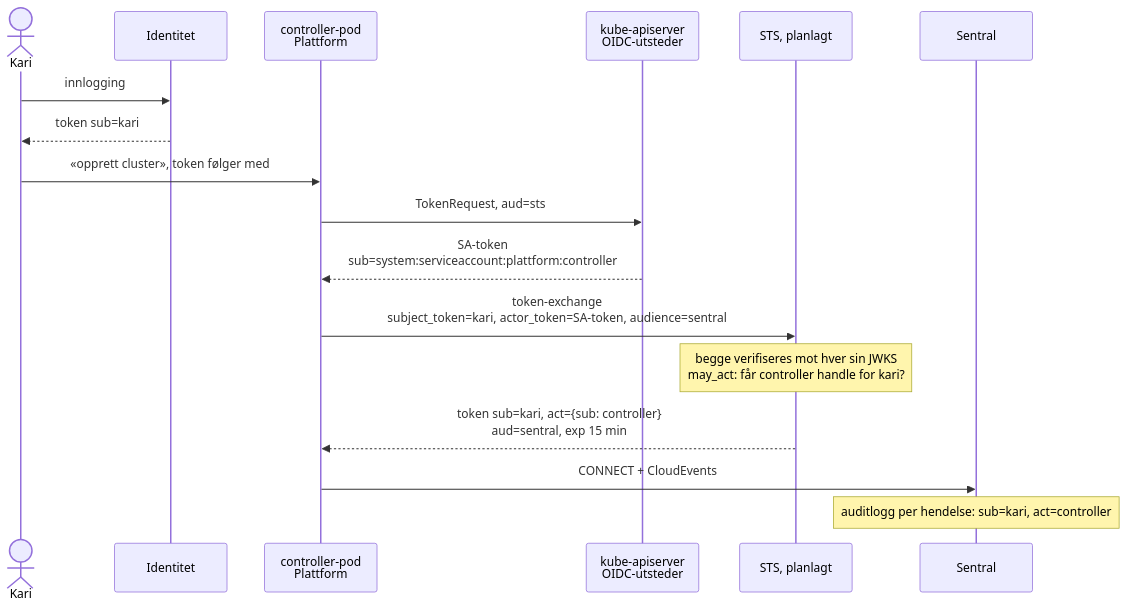
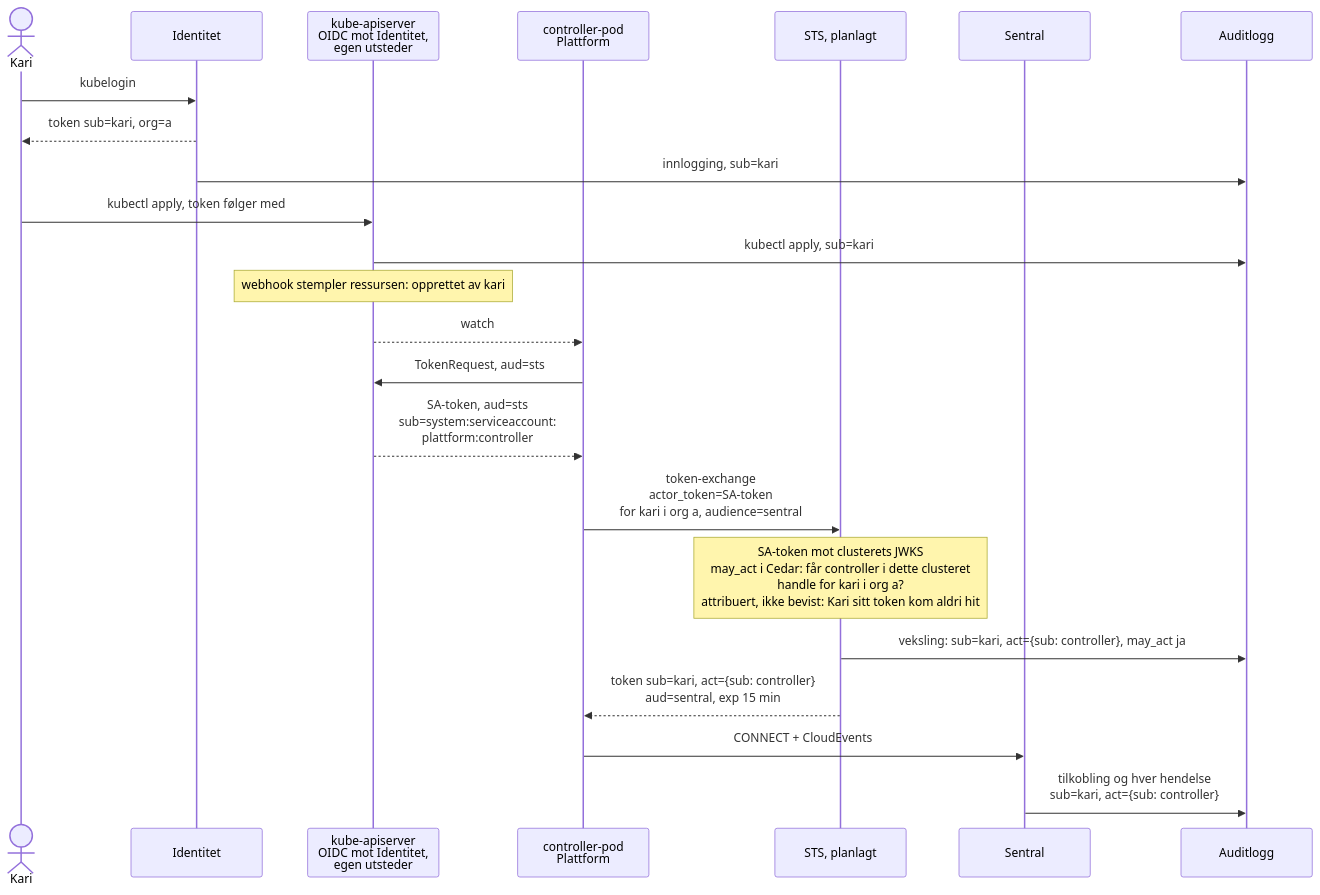
Before and after one commit to dataverket-org/org: the sixth of 7 diagrams in docs/arrangement/2026-10-14-containerkonferansen/foredrag.md, drawn with Mermaid. The commit also changed other lines of this file and 9 other files, not shown here.

First line of the commit message:
docs/arrangement/containerkonferansen: ny innledning, ett problem i to halvdeler, auditlogg som egen kolonne

````diff
--- a/docs/arrangement/2026-10-14-containerkonferansen/foredrag.md
+++ b/docs/arrangement/2026-10-14-containerkonferansen/foredrag.md
@@ -253,20 +371,26 @@
 ```mermaid
-%%{init: {"handDrawnSeed": 1}}%%
+%%{init: {"handDrawnSeed": 1, "sequence": {"width": 175}}}%%
 sequenceDiagram
   actor M as Kari
   participant Z as Identitet
+  participant A as kube-apiserver<br/>OIDC mot Identitet,<br/>egen utsteder
   participant PC as controller-pod<br/>Plattform
-  participant A as kube-apiserver<br/>OIDC-utsteder
   participant STS as STS, planlagt
   participant N as Sentral
-  M->>Z: innlogging
-  Z-->>M: token sub=kari
-  M->>PC: «opprett cluster», token følger med
+  participant L as Auditlogg
+  M->>Z: kubelogin
+  Z-->>M: token sub=kari, org=a
+  Z->>L: innlogging, sub=kari
+  M->>A: kubectl apply, token følger med
+  A->>L: kubectl apply, sub=kari
+  Note over A: webhook stempler ressursen: opprettet av kari
+  A-->>PC: watch
   PC->>A: TokenRequest, aud=sts
-  A-->>PC: SA-token<br/>sub=system:serviceaccount:plattform:controller
-  PC->>STS: token-exchange<br/>subject_token=kari, actor_token=SA-token, audience=sentral
-  Note over STS: begge verifiseres mot hver sin JWKS<br/>may_act: får controller handle for kari?
+  A-->>PC: SA-token, aud=sts<br/>sub=system:serviceaccount:<br/>plattform:controller
+  PC->>STS: token-exchange<br/>actor_token=SA-token<br/>for kari i org a, audience=sentral
+  Note over STS: SA-token mot clusterets JWKS<br/>may_act i Cedar: får controller i dette clusteret<br/>handle for kari i org a?<br/>attribuert, ikke bevist: Kari sitt token kom aldri hit
+  STS->>L: veksling: sub=kari, act={sub: controller}, may_act ja
   STS-->>PC: token sub=kari, act={sub: controller}<br/>aud=sentral, exp 15 min
   PC->>N: CONNECT + CloudEvents
-  Note over N: auditlogg per hendelse: sub=kari, act=controller
+  N->>L: tilkobling og hver hendelse<br/>sub=kari, act={sub: controller}
 ```
````
